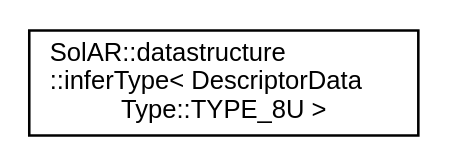
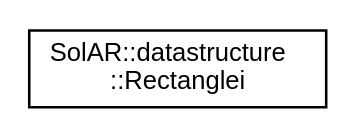
One commit to SolarFramework/solarframework.github.io changed the diagram in api_documentation/inherit_graph_23.dot. Above: the diagram before and after it, drawn with Graphviz. The commit also changed 84 other files, not shown here.

```diff
--- a/api_documentation/inherit_graph_23.dot
+++ b/api_documentation/inherit_graph_23.dot
@@ -1,7 +1,7 @@
 digraph "Graphical Class Hierarchy"
 {
   edge [fontname="Helvetica",fontsize="10",labelfontname="Helvetica",labelfontsize="10"];
   node [fontname="Helvetica",fontsize="10",shape=record];
   rankdir="LR";
-  Node0 [label="SolAR::datastructure\l::inferType\< DescriptorData\lType::TYPE_8U \>",height=0.2,width=0.4,color="black", fillcolor="white", style="filled",URL="$struct_sol_a_r_1_1datastructure_1_1infer_type_3_01_descriptor_data_type_1_1_t_y_p_e__8_u_01_4.html"];
+  Node0 [label="SolAR::datastructure\l::Rectanglei",height=0.2,width=0.4,color="black", fillcolor="white", style="filled",URL="$struct_sol_a_r_1_1datastructure_1_1_rectanglei.html",tooltip="A 2D rectangle which size in defined with integers. "];
 }
```
